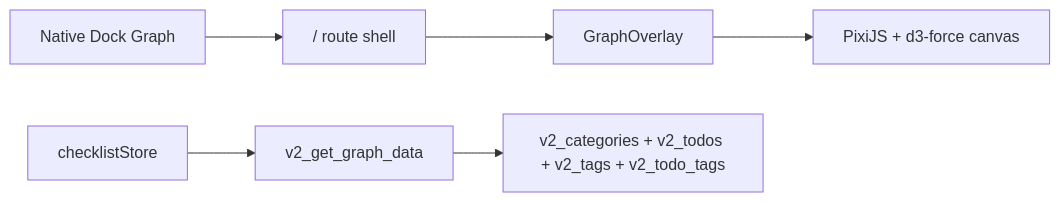
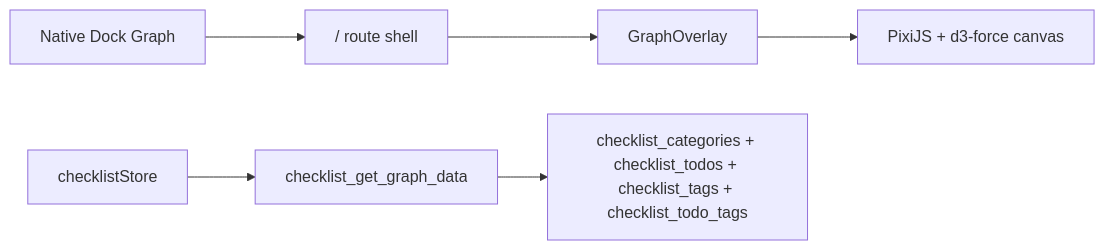
The diagram in docs/rebuild-notes/017-graph-direction.md (U-Keun/Tickly), drawn with Mermaid before and after one commit. The commit also changed 28 other files, not shown here.

````diff
--- a/docs/rebuild-notes/017-graph-direction.md
+++ b/docs/rebuild-notes/017-graph-direction.md
@@ -7,8 +7,8 @@
 ```mermaid
 flowchart LR
   Dock["Native Dock Graph"] --> Root["/ route shell"]
   Root --> Overlay["GraphOverlay"]
   Overlay --> Canvas["PixiJS + d3-force canvas"]
-  Store["checklistStore"] --> Api["v2_get_graph_data"]
-  Api --> Sqlite["v2_categories + v2_todos + v2_tags + v2_todo_tags"]
+  Store["checklistStore"] --> Api["checklist_get_graph_data"]
+  Api --> Sqlite["checklist_categories + checklist_todos + checklist_tags + checklist_todo_tags"]
 ```
````
